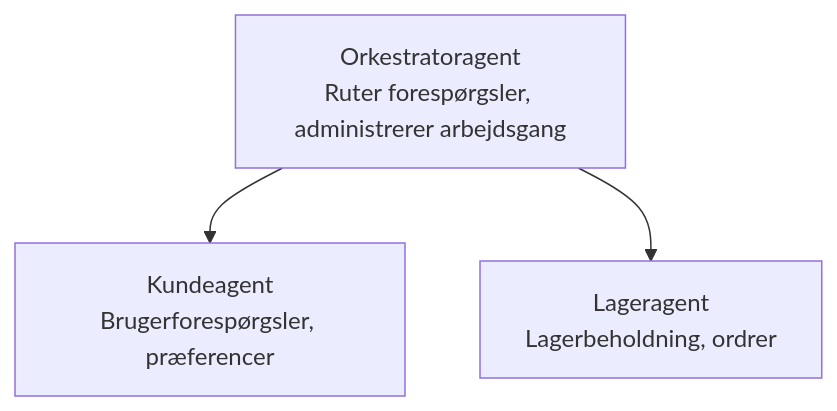
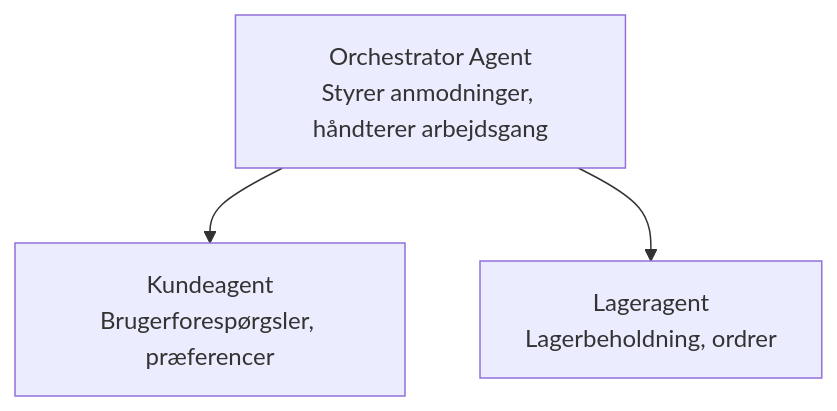
One commit to microsoft/AZD-for-beginners changed the diagram in translations/da/docs/chapter-05-multi-agent/README.md. Above: the diagram before and after it, drawn with Mermaid. The commit also changed other lines of this file and 61 other files, not shown here.

````diff
--- a/translations/da/docs/chapter-05-multi-agent/README.md
+++ b/translations/da/docs/chapter-05-multi-agent/README.md
@@ -54,5 +54,5 @@
 ```mermaid
 graph TD
-    Orchestrator[Orkestratoragent<br/>Ruter forespørgsler, administrerer arbejdsgang] --> Customer[Kundeagent<br/>Brugerforespørgsler, præferencer]
+    Orchestrator[Orchestrator Agent<br/>Styrer anmodninger, håndterer arbejdsgang] --> Customer[Kundeagent<br/>Brugerforespørgsler, præferencer]
     Orchestrator --> Inventory[Lageragent<br/>Lagerbeholdning, ordrer]
 ```
````
